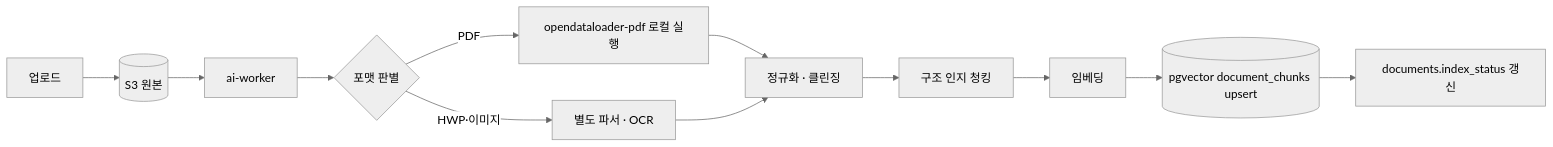
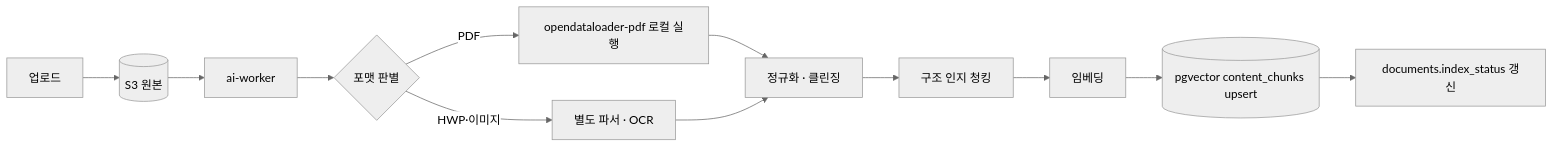
One commit to romis9724/LIVIQ changed the first of 8 diagrams in docs/11-data-architecture.md. Above: the diagram before and after it, drawn with Mermaid (neutral theme). The commit also changed other lines of this file and 30 other files, not shown here.

````diff
--- a/docs/11-data-architecture.md
+++ b/docs/11-data-architecture.md
@@ -42,14 +44,14 @@
 ```mermaid
 flowchart LR
   U[업로드] --> S3[(S3 원본)]
   S3 --> W[ai-worker]
   W --> F{포맷 판별}
   F -->|PDF| P[opendataloader-pdf 로컬 실행]
   F -->|HWP·이미지| O[별도 파서 · OCR]
   P --> N[정규화 · 클린징]
   O --> N
   N --> C[구조 인지 청킹]
   C --> E[임베딩]
-  E --> V[(pgvector document_chunks upsert)]
+  E --> V[(pgvector content_chunks upsert)]
   V --> IX[documents.index_status 갱신]
 ```
````
